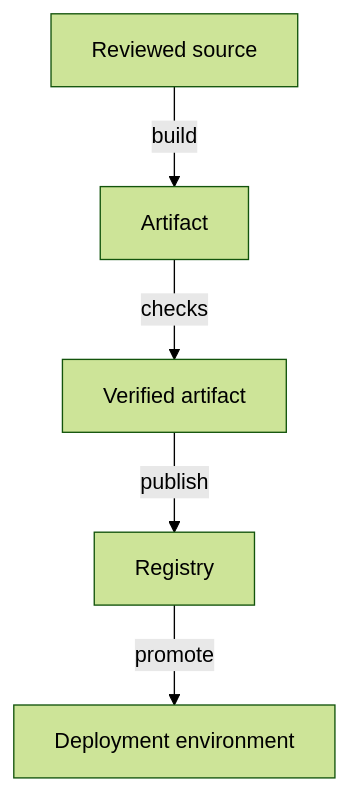
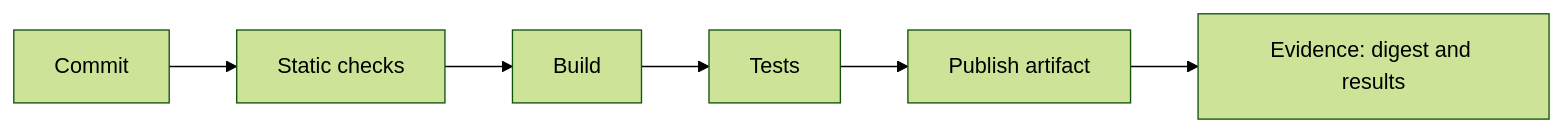
One commit to astrona-io/ATS066 changed the diagram in sections/section-040/module-01/course-01-source-changes-and-build-evidence.md. Above: the diagram before and after it, drawn with Mermaid (forest theme). The commit also changed other lines of this file and 287 other files, not shown here.

````diff
--- a/sections/section-040/module-01/course-01-source-changes-and-build-evidence.md
+++ b/sections/section-040/module-01/course-01-source-changes-and-build-evidence.md
@@ -14,7 +112,8 @@
 ```mermaid
-flowchart TB
-    S["Reviewed source"] -->|"build"| A["Artifact"]
-    A -->|"checks"| T["Verified artifact"]
-    T -->|"publish"| R["Registry"]
-    R -->|"promote"| D["Deployment environment"]
+flowchart LR
+    C["Commit"] --> V["Static checks"]
+    V --> B["Build"]
+    B --> T["Tests"]
+    T --> P["Publish artifact"]
+    P --> E["Evidence: digest and results"]
 ```
````
